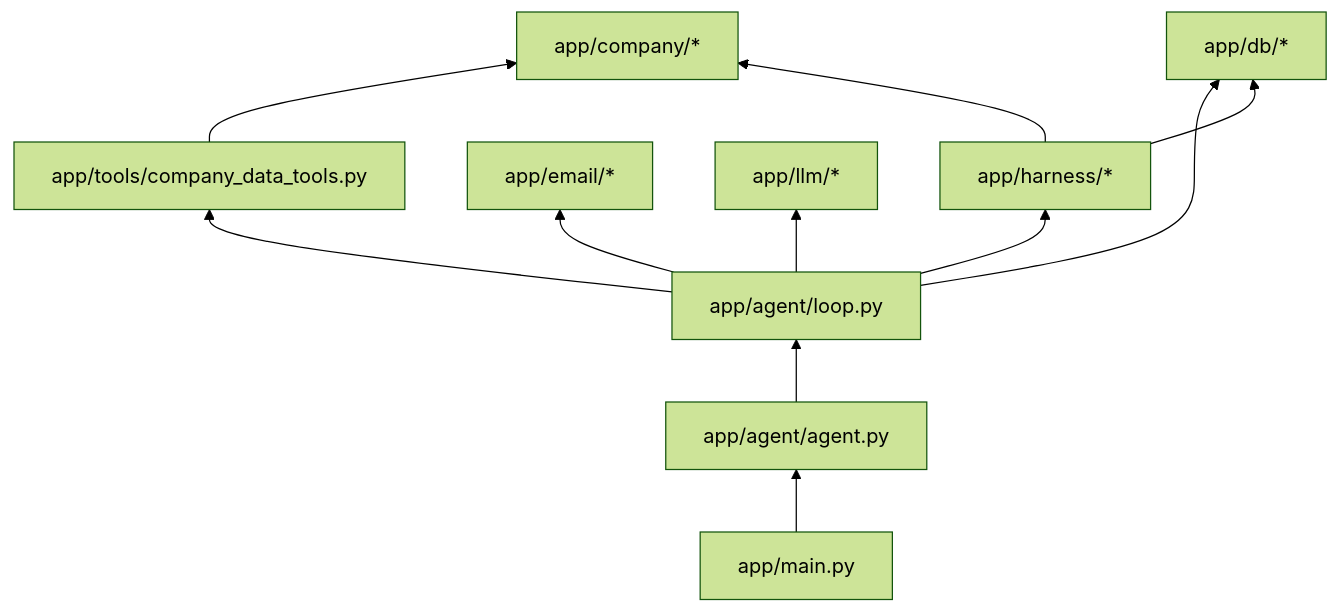
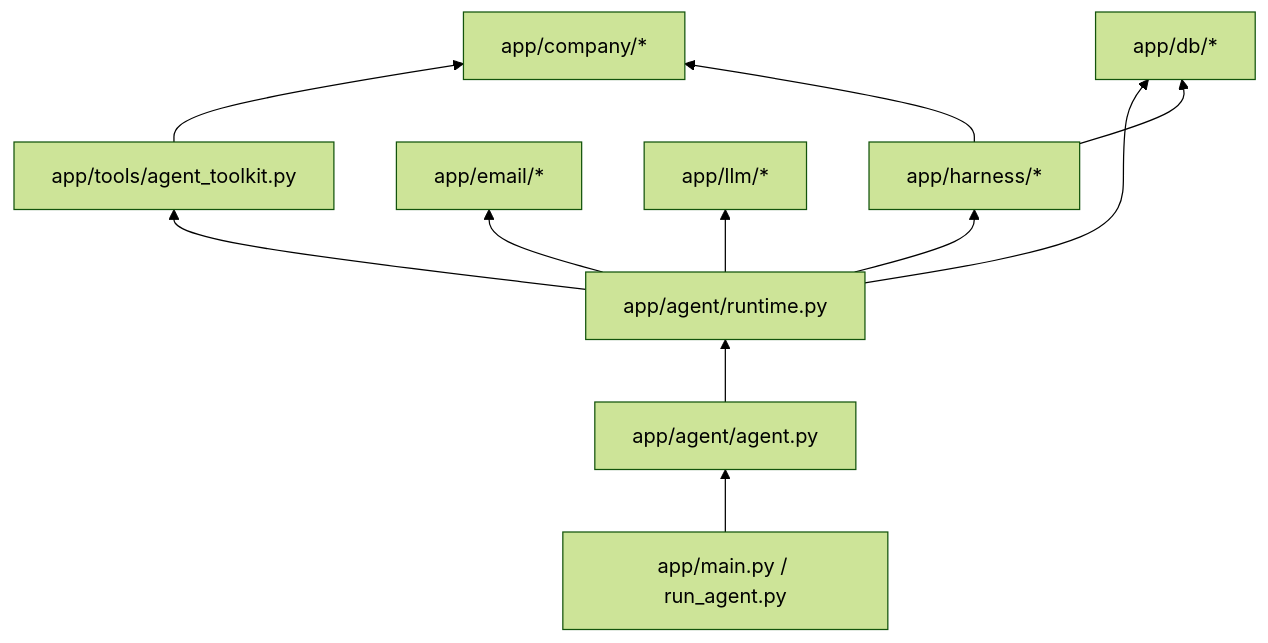
The eighth of 9 diagrams in README.md (Nisarg9072-god/Email-Agent), drawn with Mermaid (forest theme) before and after one commit. The commit also changed other lines of this file and 5 other files, not shown here.

````diff
--- a/README.md
+++ b/README.md
@@ -964,23 +962,23 @@
 ```mermaid
 flowchart BT
-    Main["app/main.py"]
+    Main["app/main.py / run_agent.py"]
     AgentFactory["app/agent/agent.py"]
-    AgentLoop["app/agent/loop.py"]
+    Runtime["app/agent/runtime.py"]
     Harness["app/harness/*"]
     EmailProv["app/email/*"]
     LLM["app/llm/*"]
-    Tools["app/tools/company_data_tools.py"]
+    Tools["app/tools/agent_toolkit.py"]
     Company["app/company/*"]
     DB["app/db/*"]
 
     Main --> AgentFactory
-    AgentFactory --> AgentLoop
-    AgentLoop --> Harness
-    AgentLoop --> EmailProv
-    AgentLoop --> LLM
-    AgentLoop --> Tools
-    AgentLoop --> DB
+    AgentFactory --> Runtime
+    Runtime --> Harness
+    Runtime --> EmailProv
+    Runtime --> LLM
+    Runtime --> Tools
+    Runtime --> DB
     Tools --> Company
     Harness --> Company
     Harness --> DB
 ```
````
